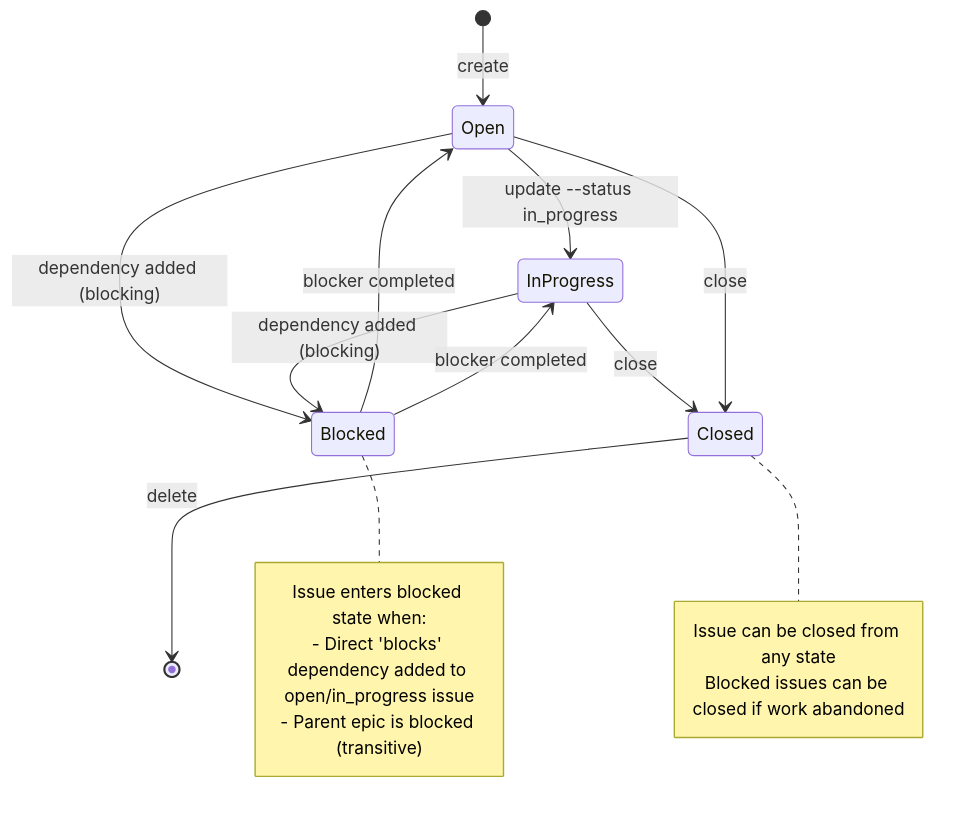
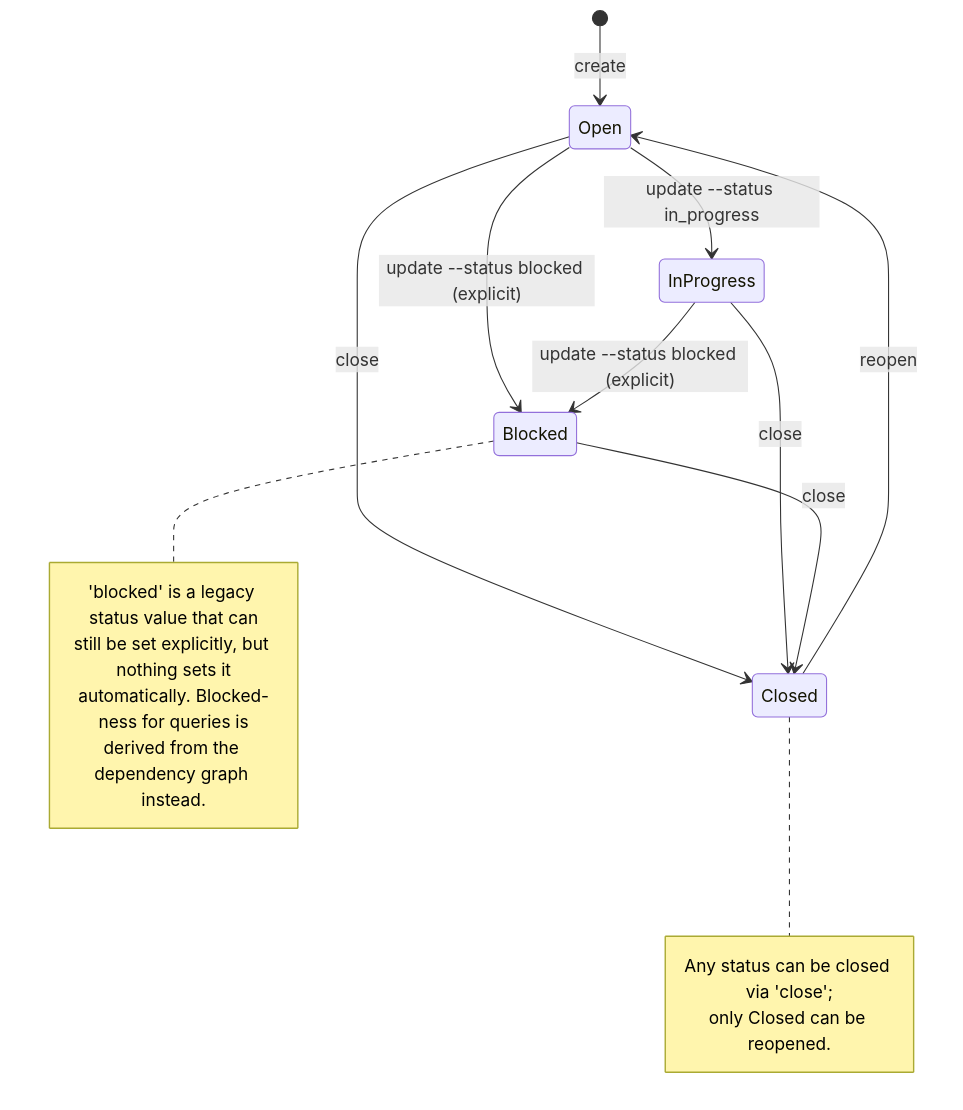
One commit to dwalleck/rivets changed diagram 12 of 13 in docs/data-flow.md. Above: the diagram before and after it, drawn with Mermaid. The commit also changed other lines of this file and 4 other files, not shown here.

````diff
--- a/docs/data-flow.md
+++ b/docs/data-flow.md
@@ -393,23 +436,23 @@
 ```mermaid
 stateDiagram-v2
     [*] --> Open: create
     Open --> InProgress: update --status in_progress
-    Open --> Blocked: dependency added (blocking)
-    InProgress --> Blocked: dependency added (blocking)
-    Blocked --> Open: blocker completed
-    Blocked --> InProgress: blocker completed
+    Open --> Blocked: update --status blocked (explicit)
+    InProgress --> Blocked: update --status blocked (explicit)
+    Open --> Closed: close
     InProgress --> Closed: close
-    Open --> Closed: close
-    Closed --> [*]: delete
+    Blocked --> Closed: close
+    Closed --> Open: reopen
 
     note right of Blocked
-        Issue enters blocked state when:
-        - Direct 'blocks' dependency added to open/in_progress issue
-        - Parent epic is blocked (transitive)
+        'blocked' is a legacy status value that can
+        still be set explicitly, but nothing sets it
+        automatically. Blocked-ness for queries is
+        derived from the dependency graph instead.
     end note
 
     note right of Closed
-        Issue can be closed from any state
-        Blocked issues can be closed if work abandoned
+        Any status can be closed via 'close';
+        only Closed can be reopened.
     end note
 ```
````
